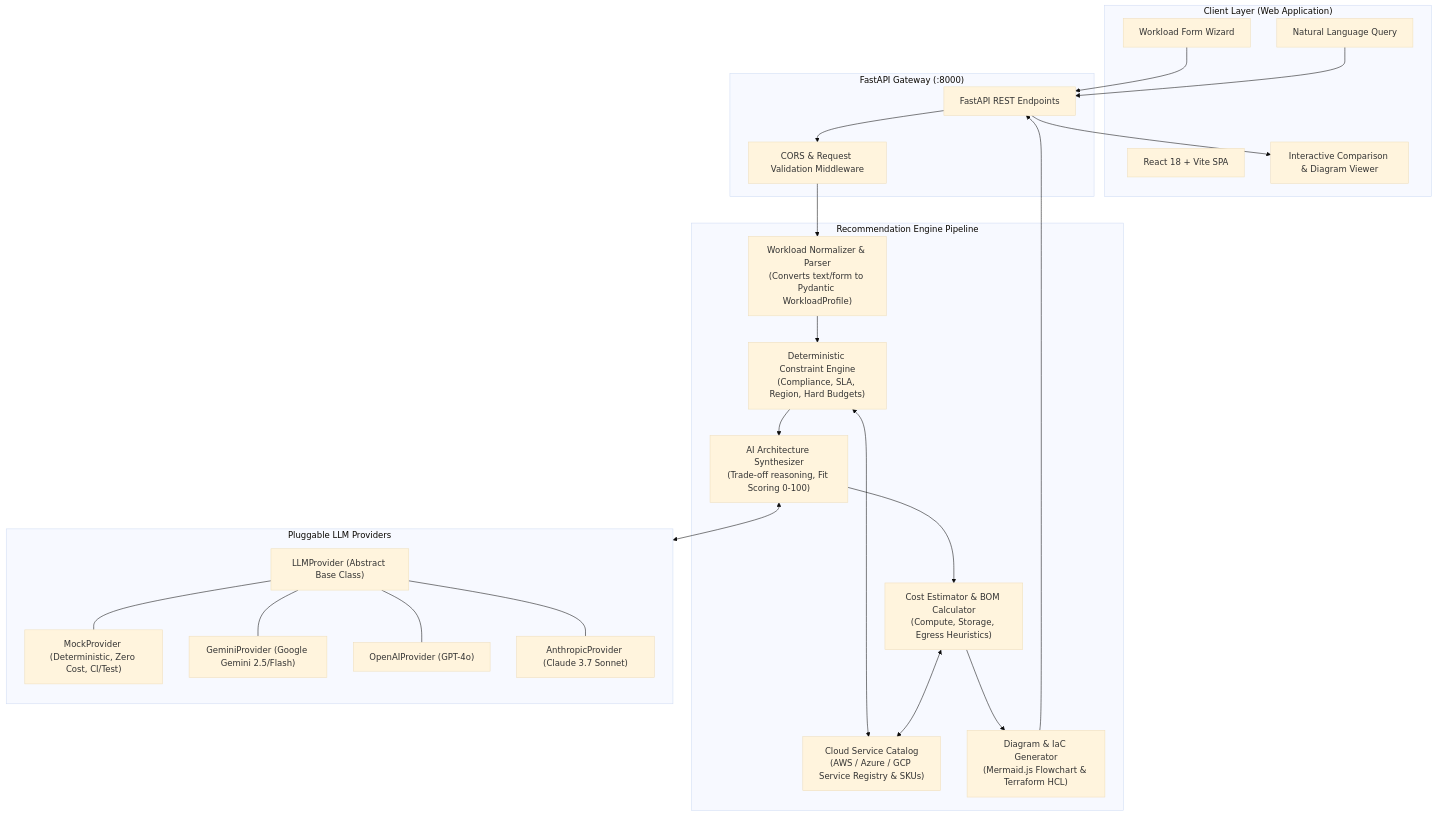
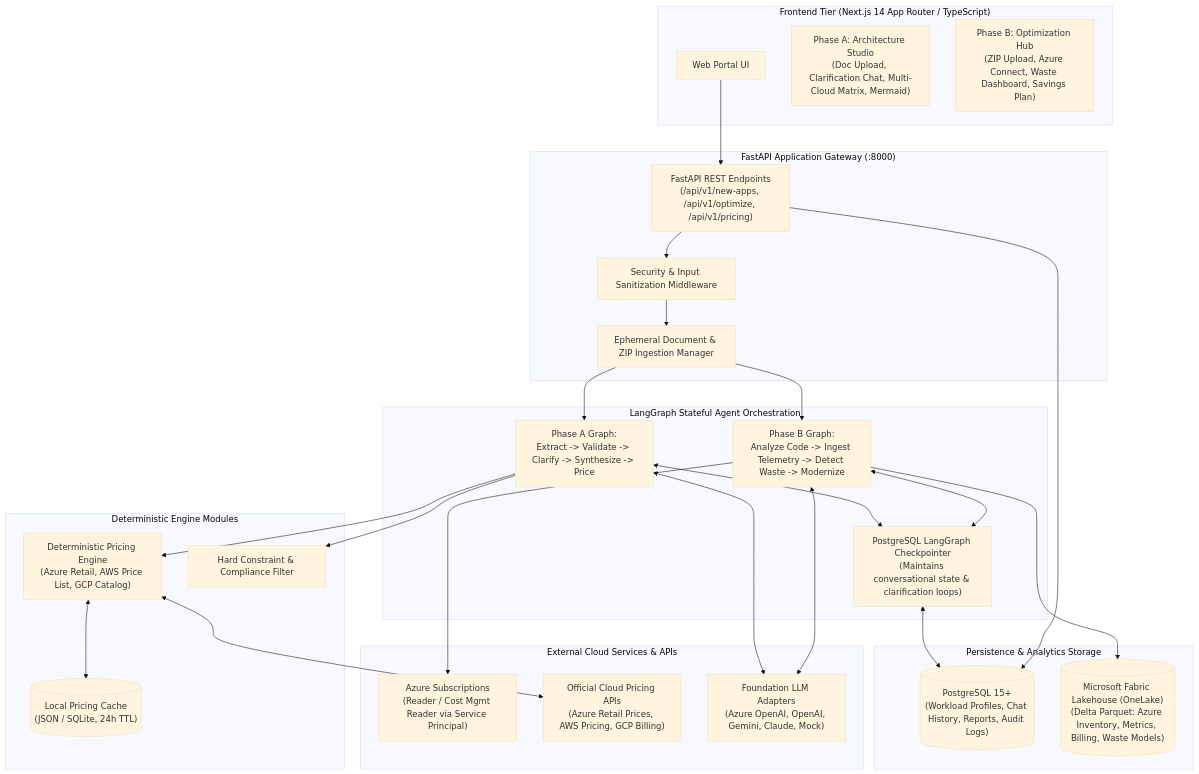
Before and after one commit to pratik-bingewar-bizmetric/cloud-recommender-poc: the first of 4 diagrams in docs/ARCHITECTURE.md, drawn with Mermaid (base theme). The commit also changed other lines of this file and 13 other files, not shown here.

Commit message:
docs: establish full repository foundation for Phase A, Phase B, LangGraph, and Fabric

````diff
--- a/docs/ARCHITECTURE.md
+++ b/docs/ARCHITECTURE.md
@@ -24,50 +27,55 @@
 ```mermaid
 flowchart TD
-    subgraph ClientLayer ["Client Layer (Web Application)"]
-        UI["React 18 + Vite SPA"]
-        FormInput["Workload Form Wizard"]
-        PromptInput["Natural Language Query"]
-        ResultsView["Interactive Comparison & Diagram Viewer"]
+    subgraph ClientTier ["Frontend Tier (Next.js 14 App Router / TypeScript)"]
+        UI["Web Portal UI"]
+        PhaseAView["Phase A: Architecture Studio\n(Doc Upload, Clarification Chat, Multi-Cloud Matrix, Mermaid)"]
+        PhaseBView["Phase B: Optimization Hub\n(ZIP Upload, Azure Connect, Waste Dashboard, Savings Plan)"]
     end
 
-    subgraph APILayer ["FastAPI Gateway (:8000)"]
-        Router["FastAPI REST Endpoints"]
-        Middleware["CORS & Request Validation Middleware"]
+    subgraph APITier ["FastAPI Application Gateway (:8000)"]
+        Router["FastAPI REST Endpoints\n(/api/v1/new-apps, /api/v1/optimize, /api/v1/pricing)"]
+        AuthMiddleware["Security & Input Sanitization Middleware"]
+        UploadHandler["Ephemeral Document & ZIP Ingestion Manager"]
     end
 
-    subgraph CoreEngine ["Recommendation Engine Pipeline"]
-        Normalizer["Workload Normalizer & Parser\n(Converts text/form to Pydantic WorkloadProfile)"]
-        RuleEngine["Deterministic Constraint Engine\n(Compliance, SLA, Region, Hard Budgets)"]
-        Catalog["Cloud Service Catalog\n(AWS / Azure / GCP Service Registry & SKUs)"]
-        Synthesizer["AI Architecture Synthesizer\n(Trade-off reasoning, Fit Scoring 0-100)"]
-        CostCalc["Cost Estimator & BOM Calculator\n(Compute, Storage, Egress Heuristics)"]
-        IaCGen["Diagram & IaC Generator\n(Mermaid.js Flowchart & Terraform HCL)"]
+    subgraph AgentTier ["LangGraph Stateful Agent Orchestration"]
+        GraphA["Phase A Graph:\nExtract -> Validate -> Clarify -> Synthesize -> Price"]
+        GraphB["Phase B Graph:\nAnalyze Code -> Ingest Telemetry -> Detect Waste -> Modernize"]
+        StateCheckpoint["PostgreSQL LangGraph Checkpointer\n(Maintains conversational state & clarification loops)"]
     end
 
-    subgraph LLMProviders ["Pluggable LLM Providers"]
-        direction TB
-        BaseProvider["LLMProvider (Abstract Base Class)"]
-        MockProvider["MockProvider (Deterministic, Zero Cost, CI/Test)"]
-        GeminiProvider["GeminiProvider (Google Gemini 2.5/Flash)"]
-        OpenAIProvider["OpenAIProvider (GPT-4o)"]
-        ClaudeProvider["AnthropicProvider (Claude 3.7 Sonnet)"]
+    subgraph DataTier ["Persistence & Analytics Storage"]
+        Postgres[("PostgreSQL 15+\n(Workload Profiles, Chat History, Reports, Audit Logs)")]
+        Fabric[("Microsoft Fabric Lakehouse (OneLake)\n(Delta Parquet: Azure Inventory, Metrics, Billing, Waste Models)")]
     end
 
-    %% Flow Connections
-    FormInput --> Router
-    PromptInput --> Router
-    Router --> Middleware --> Normalizer
-    Normalizer --> RuleEngine
-    RuleEngine <--> Catalog
-    RuleEngine --> Synthesizer
-    Synthesizer <--> BaseProvider
-    BaseProvider --- MockProvider
-    BaseProvider --- GeminiProvider
-    BaseProvider --- OpenAIProvider
-    BaseProvider --- ClaudeProvider
-    Synthesizer --> CostCalc
-    CostCalc <--> Catalog
-    CostCalc --> IaCGen
-    IaCGen --> Router
-    Router --> ResultsView
+    subgraph EngineTier ["Deterministic Engine Modules"]
+        PricingEngine["Deterministic Pricing Engine\n(Azure Retail, AWS Price List, GCP Catalog)"]
+        RuleFilter["Hard Constraint & Compliance Filter"]
+        PricingCache[("Local Pricing Cache\n(JSON / SQLite, 24h TTL)")]
+    end
+
+    subgraph ExternalServices ["External Cloud Services & APIs"]
+        AzureReadOnly["Azure Subscriptions\n(Reader / Cost Mgmt Reader via Service Principal)"]
+        OfficialAPIs["Official Cloud Pricing APIs\n(Azure Retail Prices, AWS Pricing, GCP Billing)"]
+        FoundationLLMs["Foundation LLM Adapters\n(Azure OpenAI, OpenAI, Gemini, Claude, Mock)"]
+    end
+
+    %% Wiring
+    UI --> Router
+    Router --> AuthMiddleware --> UploadHandler
+    UploadHandler --> GraphA
+    UploadHandler --> GraphB
+    GraphA <--> StateCheckpoint
+    GraphB <--> StateCheckpoint
+    StateCheckpoint <--> Postgres
+    GraphA --> RuleFilter
+    GraphA --> PricingEngine
+    PricingEngine <--> PricingCache
+    PricingEngine <--> OfficialAPIs
+    GraphA <--> FoundationLLMs
+    GraphB <--> FoundationLLMs
+    GraphB --> AzureReadOnly
+    GraphB --> Fabric
+    Router --> Postgres
 ```
````
